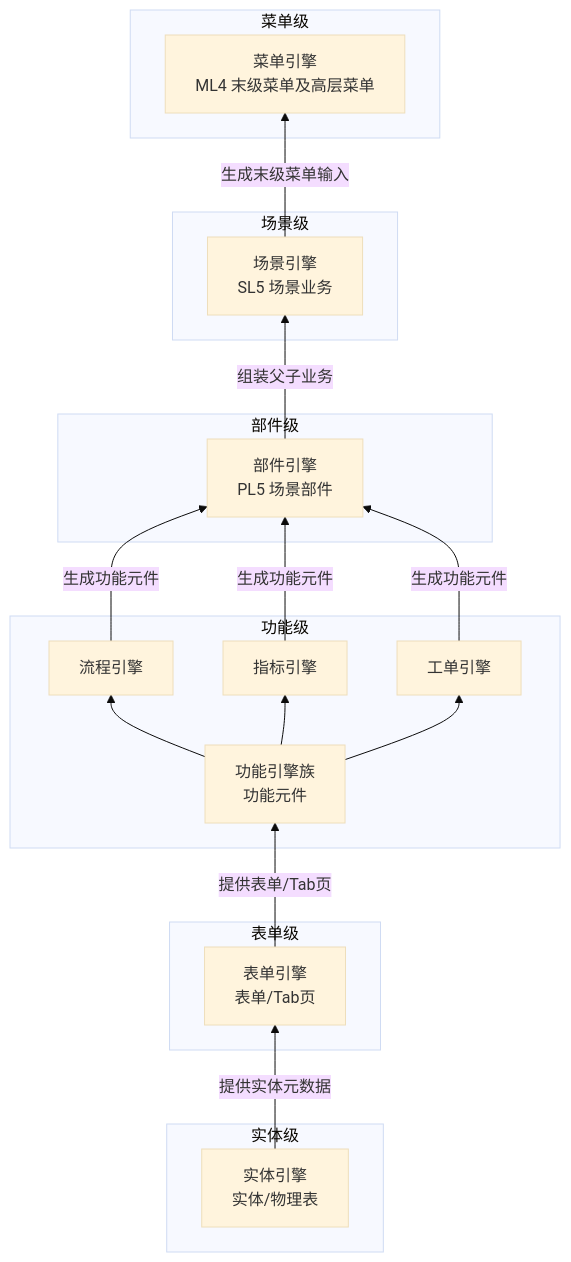
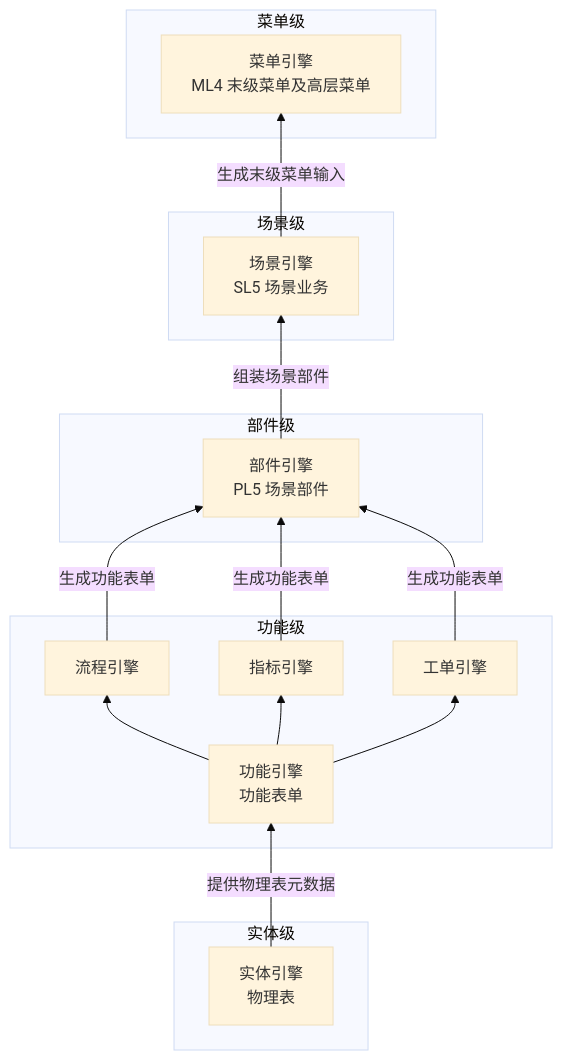
Before and after one commit to Yongjunzhou/AOS-system-design: the diagram in 20-pl4eos/80-pl4eos-2-eosdata/25-eos-engine-models.md, drawn with Mermaid (base theme). The commit also changed other lines of this file, not shown here.

First line of the commit message:
refactor(25-asset): v1.20 五层引擎模型重构——表单引擎+功能引擎合并

````diff
--- a/20-pl4eos/80-pl4eos-2-eosdata/25-eos-engine-models.md
+++ b/20-pl4eos/80-pl4eos-2-eosdata/25-eos-engine-models.md
@@ -42,34 +41,30 @@
 ```mermaid
 graph BT
   subgraph 实体级
-    ENTITY[实体引擎<br/>实体/物理表]
-  end
-  subgraph 表单级
-    FORM[表单引擎<br/>表单/Tab页]
+    ENTITY[实体引擎<br/>物理表]
   end
   subgraph 功能级
-    FUNC[功能引擎族<br/>功能元件]
+    FUNC[功能引擎<br/>功能表单]
     FLOW[流程引擎]
     IND[指标引擎]
     WO[工单引擎]
   end
   subgraph 部件级
     COMP[部件引擎<br/>PL5 场景部件]
   end
   subgraph 场景级
     SCENE[场景引擎<br/>SL5 场景业务]
   end
   subgraph 菜单级
     MENU[菜单引擎<br/>ML4 末级菜单及高层菜单]
   end
-  ENTITY -->|提供实体元数据| FORM
-  FORM -->|提供表单/Tab页| FUNC
+  ENTITY -->|提供物理表元数据| FUNC
   FUNC --> FLOW
   FUNC --> IND
   FUNC --> WO
-  FLOW -->|生成功能元件| COMP
-  IND -->|生成功能元件| COMP
-  WO -->|生成功能元件| COMP
-  COMP -->|组装父子业务| SCENE
+  FLOW -->|生成功能表单| COMP
+  IND -->|生成功能表单| COMP
+  WO -->|生成功能表单| COMP
+  COMP -->|组装场景部件| SCENE
   SCENE -->|生成末级菜单输入| MENU
 ```
````
